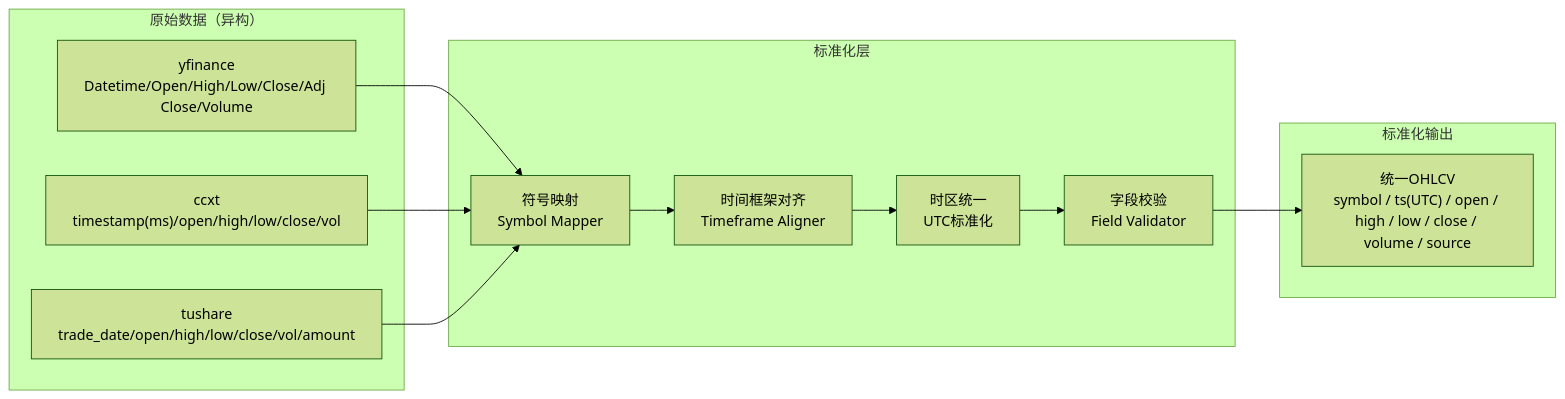
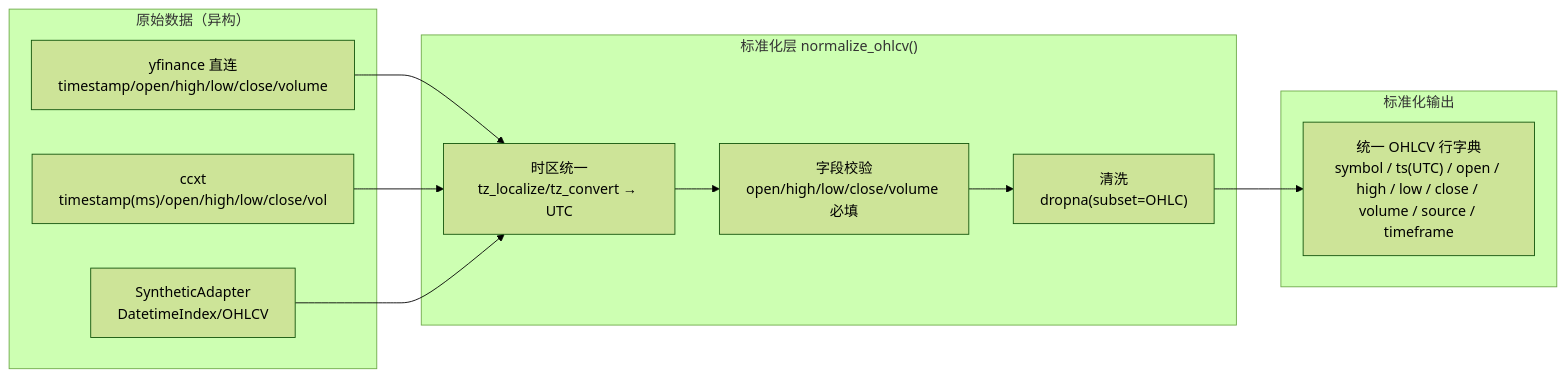
One commit to RESBI/StockStatistic changed the sixth of 23 diagrams in DESIGN_CN.md. Above: the diagram before and after it, drawn with Mermaid (forest theme). The commit also changed other lines of this file and 12 other files, not shown here.

````diff
--- a/DESIGN_CN.md
+++ b/DESIGN_CN.md
@@ -348,21 +317,20 @@
 ```mermaid
 graph LR
     subgraph "原始数据（异构）"
-        R1["yfinance<br/>Datetime/Open/High/Low/Close/Adj Close/Volume"]
+        R1["yfinance 直连<br/>timestamp/open/high/low/close/volume"]
         R2["ccxt<br/>timestamp(ms)/open/high/low/close/vol"]
-        R3["tushare<br/>trade_date/open/high/low/close/vol/amount"]
+        R3["SyntheticAdapter<br/>DatetimeIndex/OHLCV"]
     end
 
-    subgraph "标准化层"
-        SM["符号映射<br/>Symbol Mapper"]
-        TF["时间框架对齐<br/>Timeframe Aligner"]
-        TZ["时区统一<br/>UTC标准化"]
-        FV["字段校验<br/>Field Validator"]
+    subgraph "标准化层 normalize_ohlcv()"
+        TZ["时区统一<br/>tz_localize/tz_convert → UTC"]
+        FV["字段校验<br/>open/high/low/close/volume 必填"]
+        CL["清洗<br/>dropna(subset=OHLC)"]
     end
 
     subgraph "标准化输出"
-        STD["统一OHLCV<br/>symbol / ts(UTC) / open / high / low / close / volume / source"]
+        STD["统一 OHLCV 行字典<br/>symbol / ts(UTC) / open / high / low / close / volume / source / timeframe"]
     end
 
-    R1 & R2 & R3 --> SM --> TF --> TZ --> FV --> STD
+    R1 & R2 & R3 --> TZ --> FV --> CL --> STD
 ```
````
